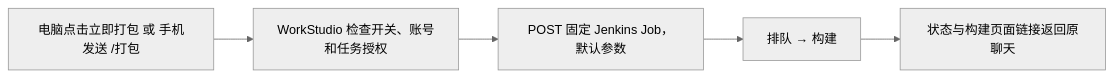
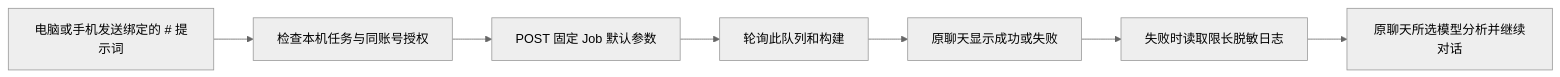
Before and after one commit to kingkunkun/AgentMonitorOverlay: the diagram in studio/docs/build-job.md, drawn with Mermaid (neutral theme). The commit also changed other lines of this file and 67 other files, not shown here.

````diff
--- a/studio/docs/build-job.md
+++ b/studio/docs/build-job.md
@@ -5,7 +14,9 @@
 ```mermaid
 flowchart LR
-  A[电脑点击立即打包 或 手机发送 /打包] --> B[WorkStudio 检查开关、账号和任务授权]
-  B --> C[POST 固定 Jenkins Job，默认参数]
-  C --> D[排队 → 构建]
-  D --> E[状态与构建页面链接返回原聊天]
+  A[电脑或手机发送绑定的 # 提示词] --> B[检查本机任务与同账号授权]
+  B --> C[POST 固定 Job 默认参数]
+  C --> D[轮询此队列和构建]
+  D --> E[原聊天显示成功或失败]
+  E --> F[失败时读取限长脱敏日志]
+  F --> G[原聊天所选模型分析并继续对话]
 ```
````
